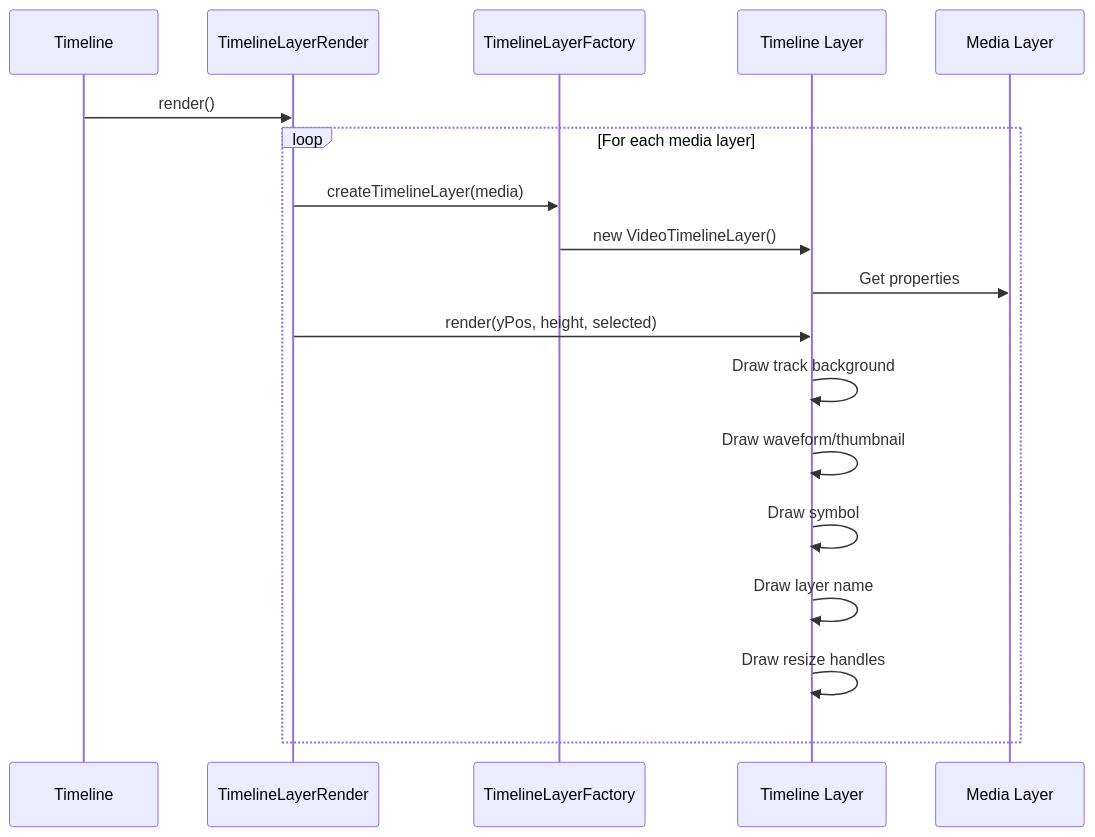
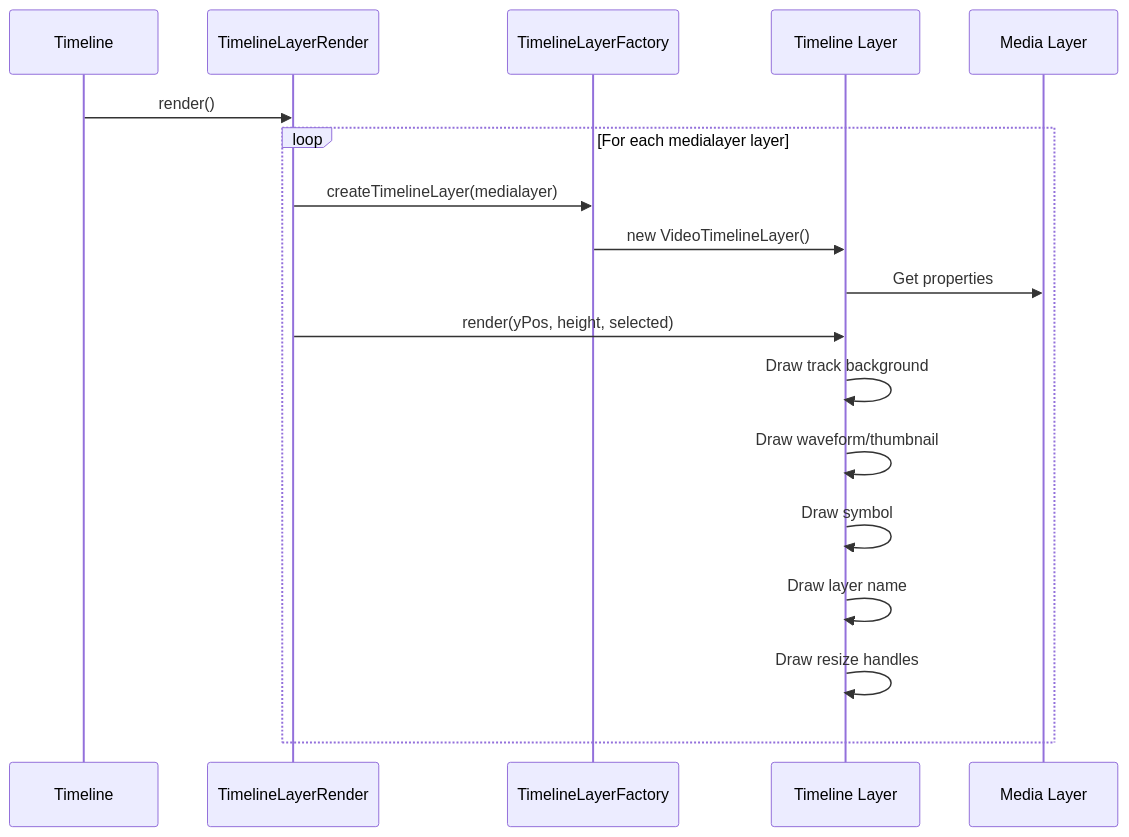
One commit to apssouza22/web-video-edit changed the third of 15 diagrams in docs/architecture/05-timeline-layers.md. Above: the diagram before and after it, drawn with Mermaid. The commit also changed other lines of this file and 63 other files, not shown here.

Commit message:
Rename media layer

````diff
--- a/docs/architecture/05-timeline-layers.md
+++ b/docs/architecture/05-timeline-layers.md
@@ -206,22 +206,22 @@
 ```mermaid
 sequenceDiagram
     participant Timeline
     participant Render as TimelineLayerRender
     participant Factory as TimelineLayerFactory
     participant TLLayer as Timeline Layer
     participant Media as Media Layer
 
     Timeline->>Render: render()
     
-    loop For each media layer
-        Render->>Factory: createTimelineLayer(media)
+    loop For each medialayer layer
+        Render->>Factory: createTimelineLayer(medialayer)
         Factory->>TLLayer: new VideoTimelineLayer()
         TLLayer->>Media: Get properties
         Render->>TLLayer: render(yPos, height, selected)
         TLLayer->>TLLayer: Draw track background
         TLLayer->>TLLayer: Draw waveform/thumbnail
         TLLayer->>TLLayer: Draw symbol
         TLLayer->>TLLayer: Draw layer name
         TLLayer->>TLLayer: Draw resize handles
     end
 ```
````
